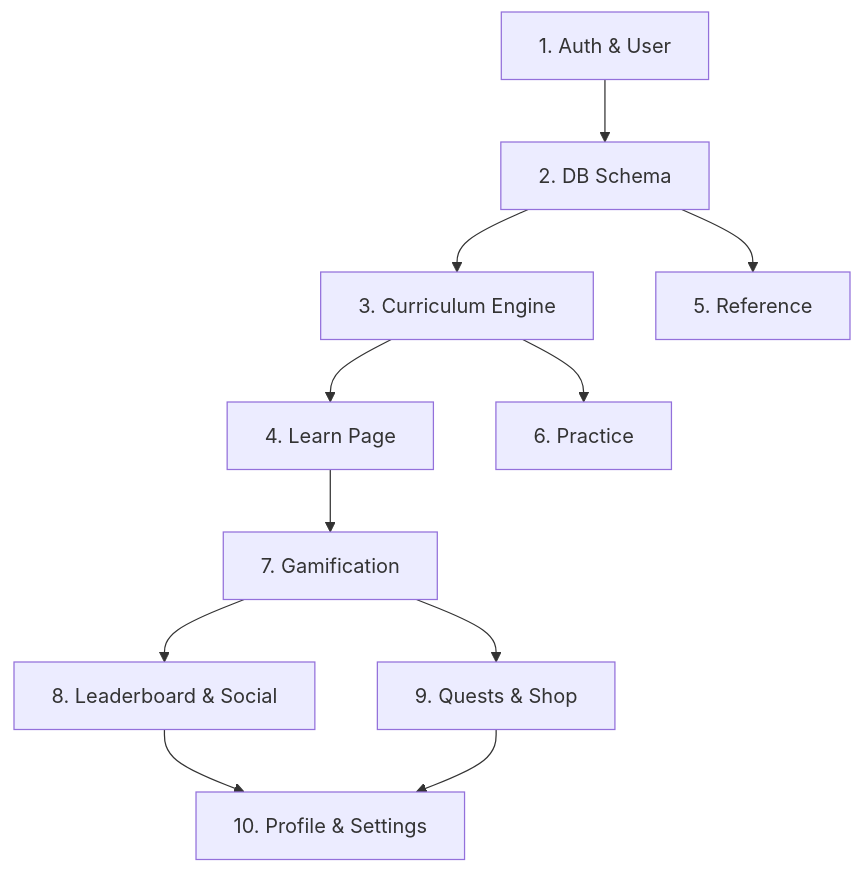
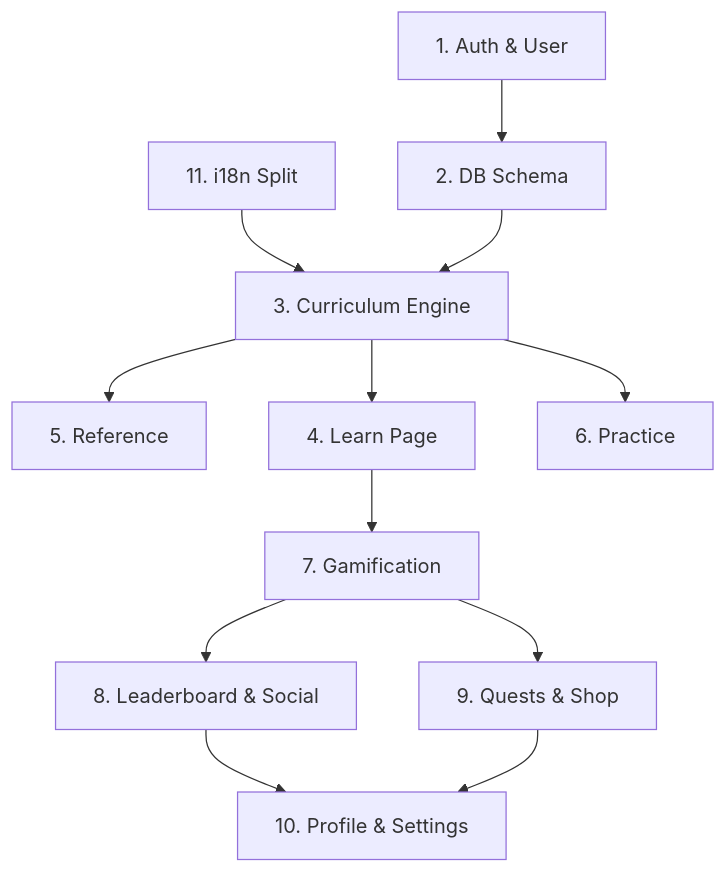
One commit to hurifajri/qiroasro changed the diagram in docs/plans/00-overview.md. Above: the diagram before and after it, drawn with Mermaid. The commit also changed other lines of this file and 104 other files, not shown here.

````diff
--- a/docs/plans/00-overview.md
+++ b/docs/plans/00-overview.md
@@ -76,13 +77,14 @@
 ```mermaid
 graph TD
     A["1. Auth & User"] --> B["2. DB Schema"]
+    K["11. i18n Split"] --> C
     B --> C["3. Curriculum Engine"]
-    B --> E["5. Reference"]
+    C --> E["5. Reference"]
     C --> D["4. Learn Page"]
     C --> F["6. Practice"]
     D --> G["7. Gamification"]
     G --> H["8. Leaderboard & Social"]
     G --> I["9. Quests & Shop"]
     H --> J["10. Profile & Settings"]
     I --> J
 ```
````
